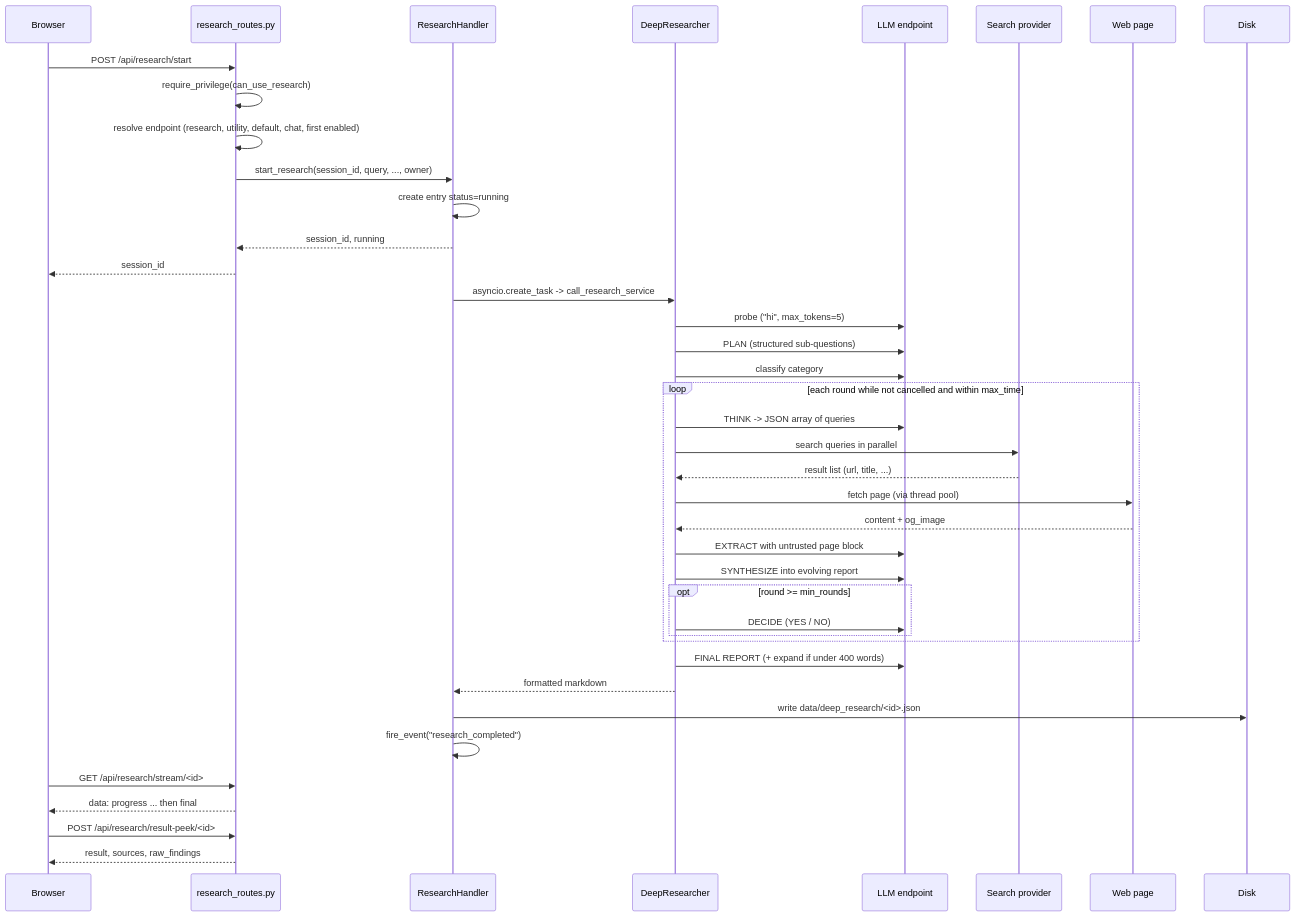
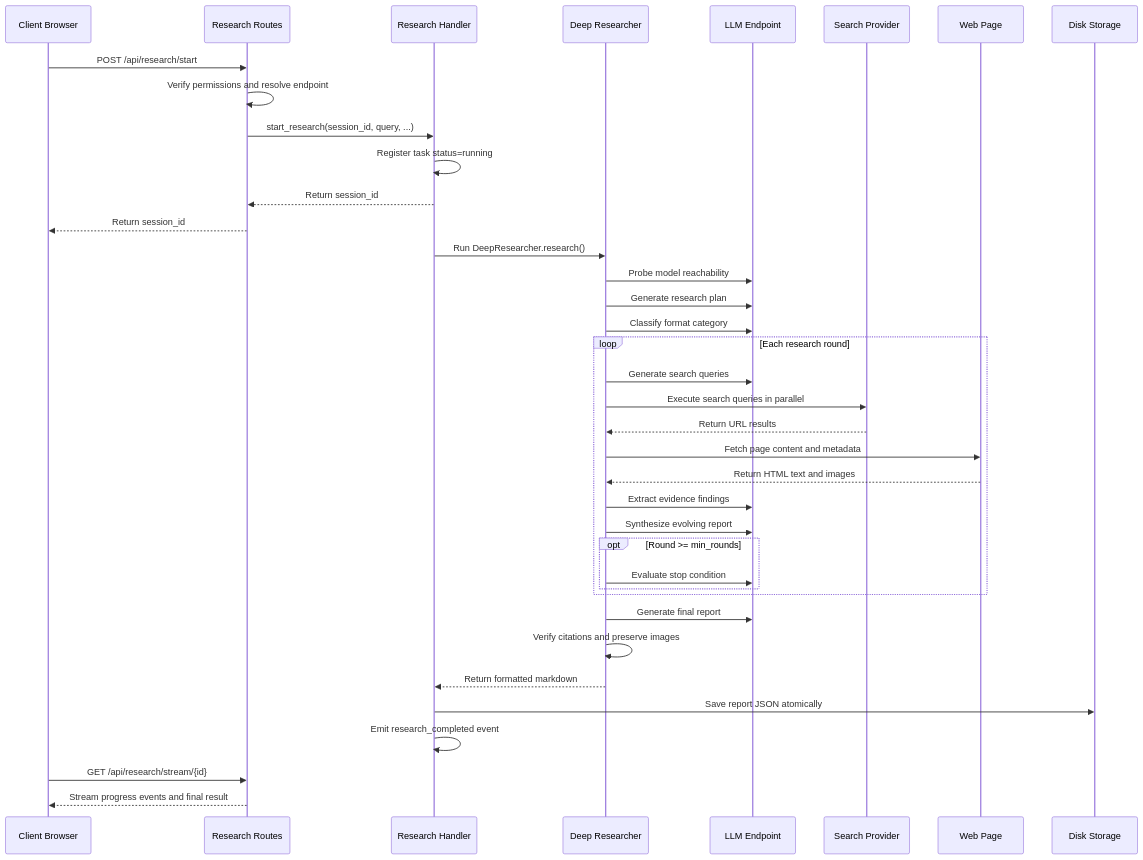
The third of 3 diagrams in docs/guides/research.md (yash-dev007/Zephyrus), drawn with Mermaid before and after one commit. The commit also changed other lines of this file and 34 other files, not shown here.

Commit message:
DEEP RESEARCH FIXES

````diff
--- a/docs/guides/research.md
+++ b/docs/guides/research.md
@@ -397,43 +241,41 @@
 ```mermaid
 sequenceDiagram
-    participant UI as Browser
-    participant R as research_routes.py
-    participant H as ResearchHandler
-    participant E as DeepResearcher
-    participant L as LLM endpoint
-    participant S as Search provider
-    participant W as Web page
-    participant D as Disk
+    participant UI as Client Browser
+    participant R as Research Routes
+    participant H as Research Handler
+    participant E as Deep Researcher
+    participant L as LLM Endpoint
+    participant S as Search Provider
+    participant W as Web Page
+    participant D as Disk Storage
 
     UI->>R: POST /api/research/start
-    R->>R: require_privilege(can_use_research)
-    R->>R: resolve endpoint (research, utility, default, chat, first enabled)
-    R->>H: start_research(session_id, query, ..., owner)
-    H->>H: create entry status=running
-    H-->>R: session_id, running
-    R-->>UI: session_id
-    H->>E: asyncio.create_task -> call_research_service
-    E->>L: probe ("hi", max_tokens=5)
-    E->>L: PLAN (structured sub-questions)
-    E->>L: classify category
-    loop each round while not cancelled and within max_time
-        E->>L: THINK -> JSON array of queries
-        E->>S: search queries in parallel
-        S-->>E: result list (url, title, ...)
-        E->>W: fetch page (via thread pool)
-        W-->>E: content + og_image
-        E->>L: EXTRACT with untrusted page block
-        E->>L: SYNTHESIZE into evolving report
-        opt round >= min_rounds
-            E->>L: DECIDE (YES / NO)
+    R->>R: Verify permissions and resolve endpoint
+    R->>H: start_research(session_id, query, ...)
+    H->>H: Register task status=running
+    H-->>R: Return session_id
+    R-->>UI: Return session_id
+    H->>E: Run DeepResearcher.research()
+    E->>L: Probe model reachability
+    E->>L: Generate research plan
+    E->>L: Classify format category
+    loop Each research round
+        E->>L: Generate search queries
+        E->>S: Execute search queries in parallel
+        S-->>E: Return URL results
+        E->>W: Fetch page content and metadata
+        W-->>E: Return HTML text and images
+        E->>L: Extract evidence findings
+        E->>L: Synthesize evolving report
+        opt Round >= min_rounds
+            E->>L: Evaluate stop condition
         end
     end
-    E->>L: FINAL REPORT (+ expand if under 400 words)
-    E-->>H: formatted markdown
-    H->>D: write data/deep_research/<id>.json
-    H->>H: fire_event("research_completed")
-    UI->>R: GET /api/research/stream/<id>
-    R-->>UI: data: progress ... then final
-    UI->>R: POST /api/research/result-peek/<id>
-    R-->>UI: result, sources, raw_findings
+    E->>L: Generate final report
+    E->>E: Verify citations and preserve images
+    E-->>H: Return formatted markdown
+    H->>D: Save report JSON atomically
+    H->>H: Emit research_completed event
+    UI->>R: GET /api/research/stream/{id}
+    R-->>UI: Stream progress events and final result
 ```
````
